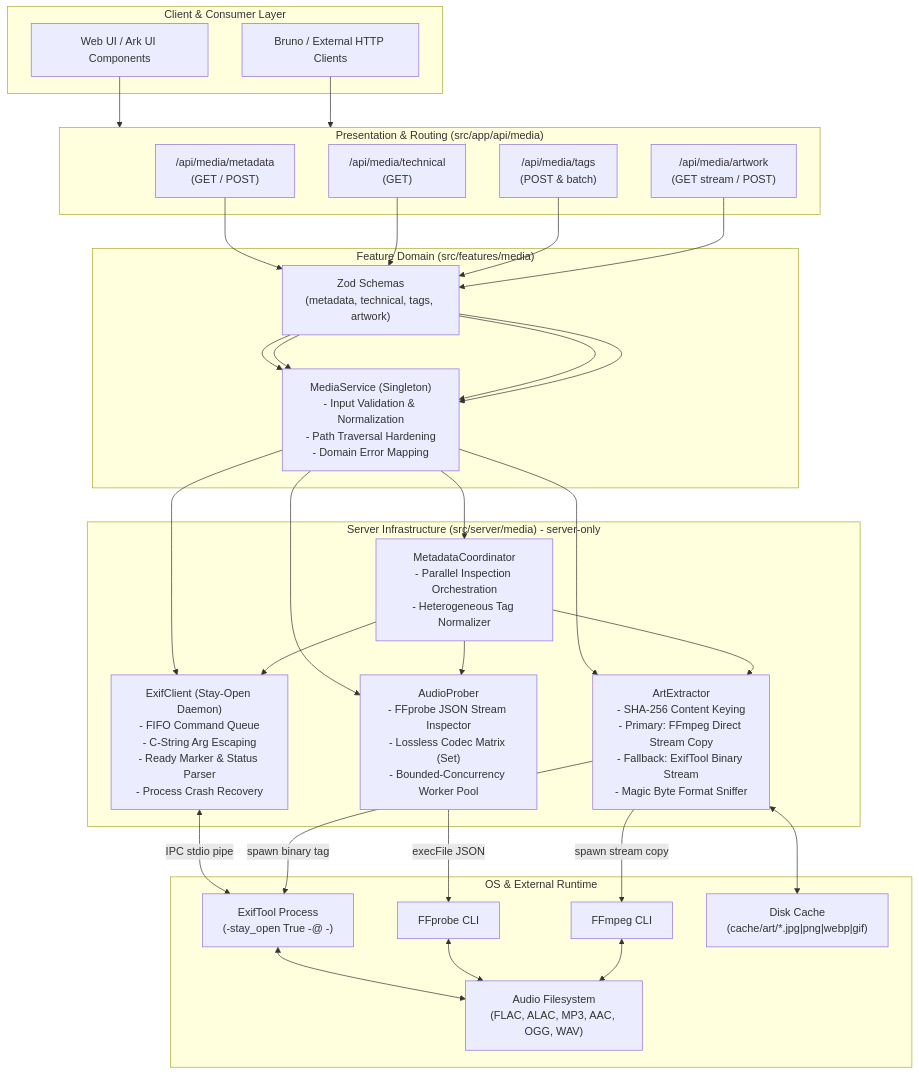
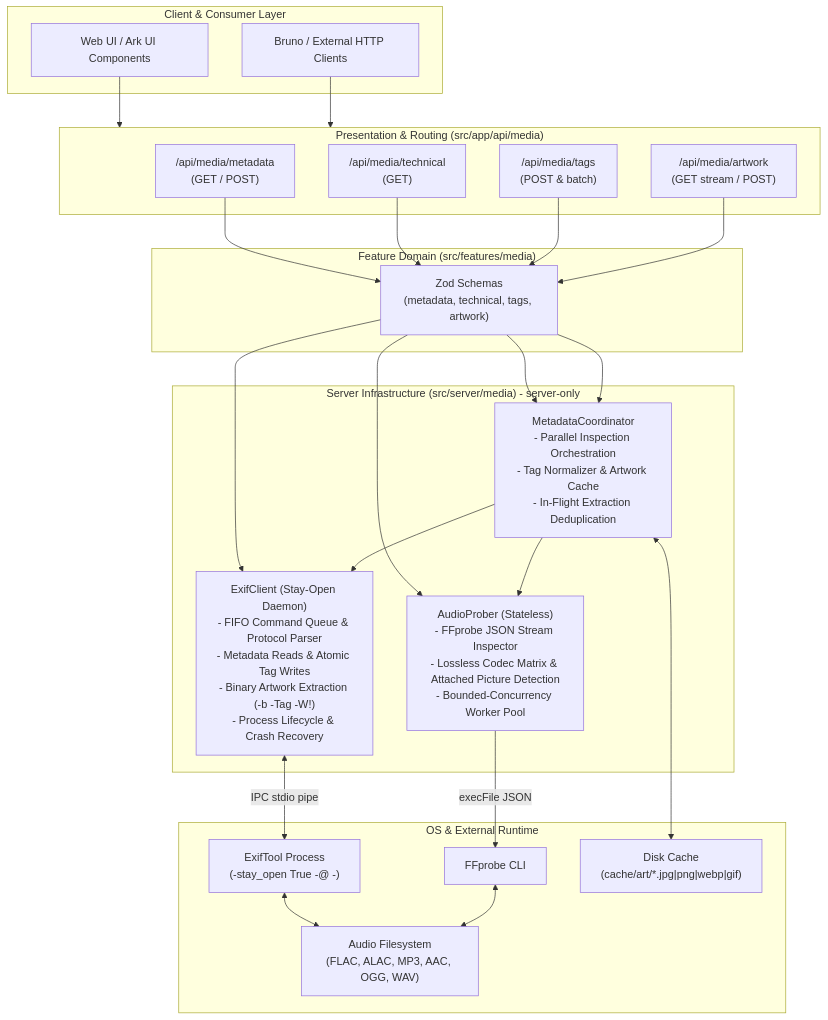
Before and after one commit to Manishtripathi-108/my-music: the first of 7 diagrams in README.md, drawn with Mermaid. The commit also changed other lines of this file and 12 other files, not shown here.

Commit message:
feat: implement new API endpoints for artwork streaming, metadata inspection, and batch tag updating

````diff
--- a/README.md
+++ b/README.md
@@ -58,60 +58,48 @@
 ```mermaid
 flowchart TD
     subgraph ClientLayer["Client & Consumer Layer"]
         UI["Web UI / Ark UI Components"]
         API_Client["Bruno / External HTTP Clients"]
     end
 
     subgraph RouteLayer["Presentation & Routing (src/app/api/media)"]
         R_Meta["/api/media/metadata\n(GET / POST)"]
         R_Tech["/api/media/technical\n(GET)"]
         R_Tags["/api/media/tags\n(POST & batch)"]
         R_Art["/api/media/artwork\n(GET stream / POST)"]
     end
 
     subgraph FeatureLayer["Feature Domain (src/features/media)"]
         ZodSchemas["Zod Schemas\n(metadata, technical, tags, artwork)"]
-        MediaService["MediaService (Singleton)\n- Input Validation & Normalization\n- Path Traversal Hardening\n- Domain Error Mapping"]
     end
 
     subgraph ServerLayer["Server Infrastructure (src/server/media) - server-only"]
-        Coordinator["MetadataCoordinator\n- Parallel Inspection Orchestration\n- Heterogeneous Tag Normalizer"]
-        ExifClient["ExifClient (Stay-Open Daemon)\n- FIFO Command Queue\n- C-String Arg Escaping\n- Ready Marker & Status Parser\n- Process Crash Recovery"]
-        AudioProber["AudioProber\n- FFprobe JSON Stream Inspector\n- Lossless Codec Matrix (Set)\n- Bounded-Concurrency Worker Pool"]
-        ArtExtractor["ArtExtractor\n- SHA-256 Content Keying\n- Primary: FFmpeg Direct Stream Copy\n- Fallback: ExifTool Binary Stream\n- Magic Byte Format Sniffer"]
+        Coordinator["MetadataCoordinator\n- Parallel Inspection Orchestration\n- Tag Normalizer & Artwork Cache\n- In-Flight Extraction Deduplication"]
+        ExifClient["ExifClient (Stay-Open Daemon)\n- FIFO Command Queue & Protocol Parser\n- Metadata Reads & Atomic Tag Writes\n- Binary Artwork Extraction (-b -Tag -W!)\n- Process Lifecycle & Crash Recovery"]
+        AudioProber["AudioProber (Stateless)\n- FFprobe JSON Stream Inspector\n- Lossless Codec Matrix & Attached Picture Detection\n- Bounded-Concurrency Worker Pool"]
     end
 
     subgraph ExternalLayer["OS & External Runtime"]
         ExifToolBin["ExifTool Process\n(-stay_open True -@ -)"]
         FFprobeBin["FFprobe CLI"]
-        FFmpegBin["FFmpeg CLI"]
         DiskCache["Disk Cache\n(cache/art/*.jpg|png|webp|gif)"]
         AudioFiles["Audio Filesystem\n(FLAC, ALAC, MP3, AAC, OGG, WAV)"]
     end
 
     UI --> RouteLayer
     API_Client --> RouteLayer
 
-    R_Meta --> ZodSchemas --> MediaService
-    R_Tech --> ZodSchemas --> MediaService
-    R_Tags --> ZodSchemas --> MediaService
-    R_Art --> ZodSchemas --> MediaService
-
-    MediaService --> Coordinator
-    MediaService --> ExifClient
-    MediaService --> AudioProber
-    MediaService --> ArtExtractor
+    R_Meta --> ZodSchemas --> Coordinator
+    R_Tech --> ZodSchemas --> AudioProber
+    R_Tags --> ZodSchemas --> ExifClient
+    R_Art --> ZodSchemas --> Coordinator
 
     Coordinator --> ExifClient
     Coordinator --> AudioProber
-    Coordinator --> ArtExtractor
+    Coordinator <--> DiskCache
 
     ExifClient <-->|IPC stdio pipe| ExifToolBin
     AudioProber -->|execFile JSON| FFprobeBin
-    ArtExtractor -->|spawn stream copy| FFmpegBin
-    ArtExtractor -->|spawn binary tag| ExifToolBin
-    ArtExtractor <--> DiskCache
     ExifToolBin <--> AudioFiles
     FFprobeBin <--> AudioFiles
-    FFmpegBin <--> AudioFiles
 ```
````
